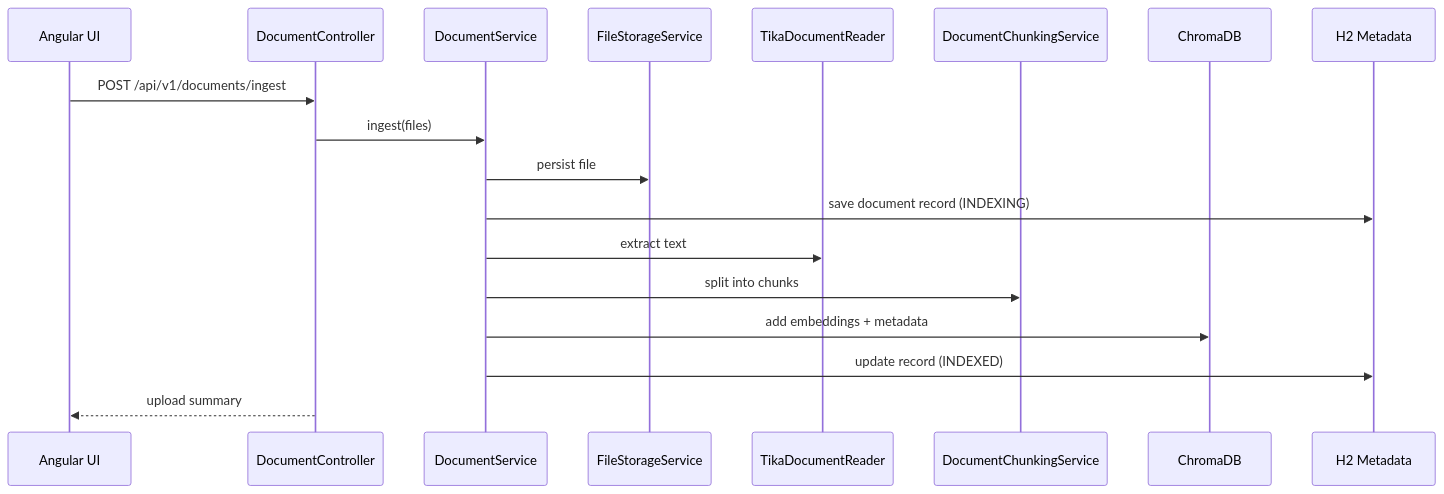
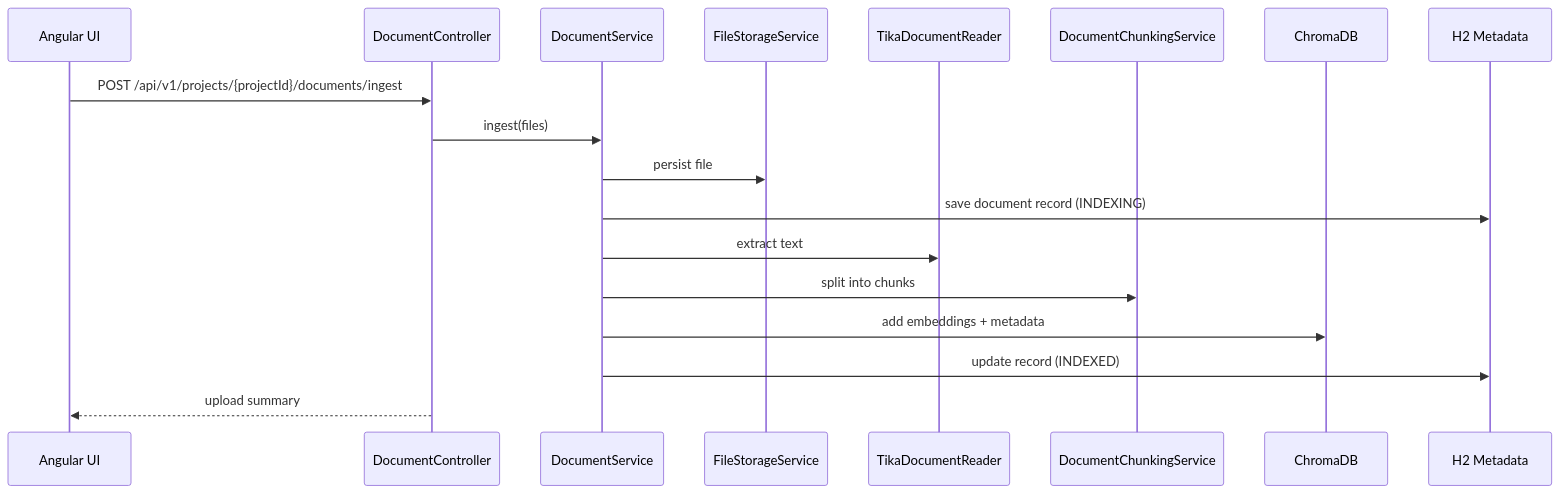
One commit to Aeontanvir/document-rag-using-spring-ai-and-angular changed the second of 3 diagrams in README.md. Above: the diagram before and after it, drawn with Mermaid. The commit also changed other lines of this file and 23 other files, not shown here.

````diff
--- a/README.md
+++ b/README.md
@@ -64,21 +68,21 @@
 ```mermaid
 sequenceDiagram
     participant UI as Angular UI
     participant API as DocumentController
     participant Service as DocumentService
     participant Store as FileStorageService
     participant Tika as TikaDocumentReader
     participant Chunker as DocumentChunkingService
     participant Chroma as ChromaDB
     participant H2 as H2 Metadata
 
-    UI->>API: POST /api/v1/documents/ingest
+    UI->>API: POST /api/v1/projects/{projectId}/documents/ingest
     API->>Service: ingest(files)
     Service->>Store: persist file
     Service->>H2: save document record (INDEXING)
     Service->>Tika: extract text
     Service->>Chunker: split into chunks
     Service->>Chroma: add embeddings + metadata
     Service->>H2: update record (INDEXED)
     API-->>UI: upload summary
 ```
````
